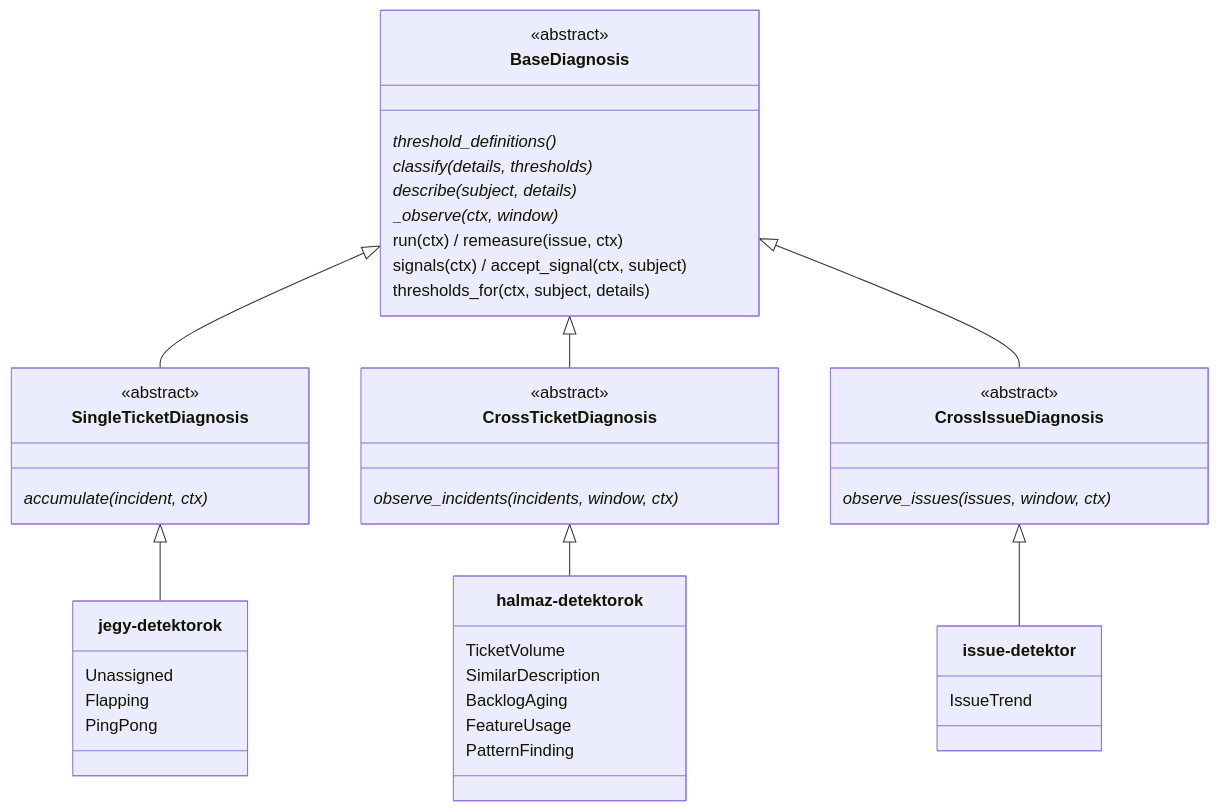
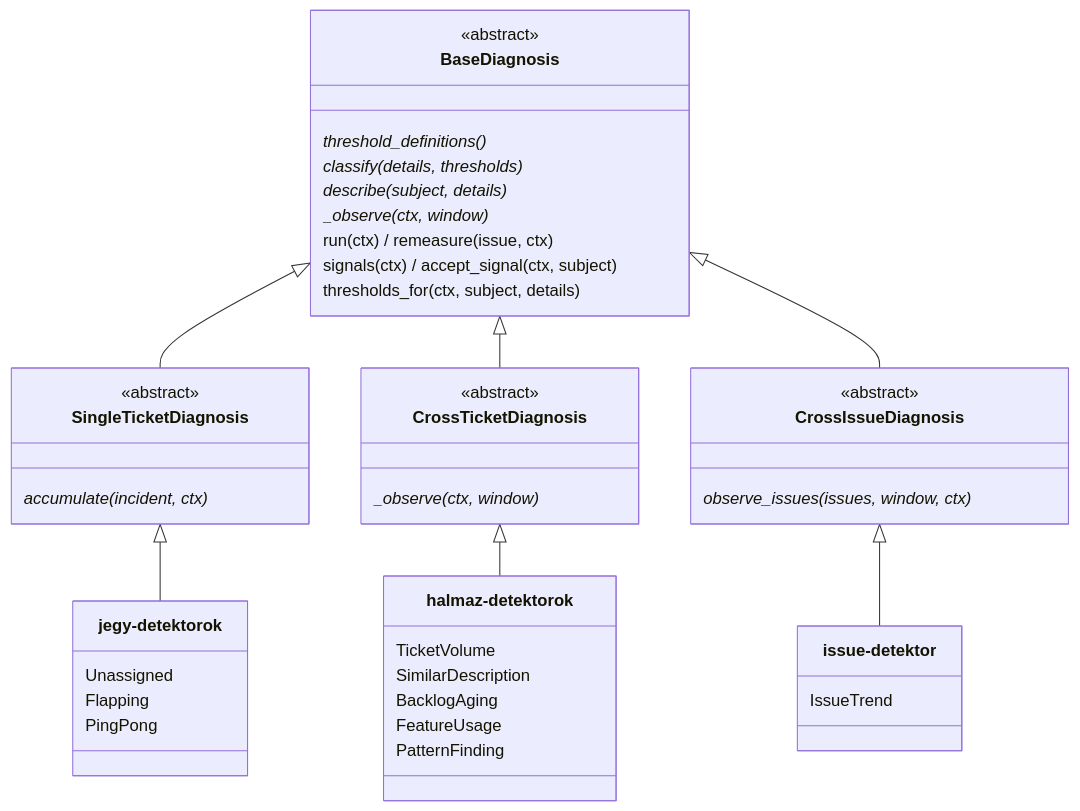
Before and after one commit to dinolany/szakdolgozat_ewuxa6: the eighth of 9 diagrams in docs/ARCHITECTURE.md, drawn with Mermaid. The commit also changed other lines of this file and 19 other files, not shown here.

````diff
--- a/docs/ARCHITECTURE.md
+++ b/docs/ARCHITECTURE.md
@@ -249,47 +512,47 @@
 ```mermaid
 classDiagram
   direction TB
   class BaseDiagnosis {
     <<abstract>>
     threshold_definitions()*
     classify(details, thresholds)*
     describe(subject, details)*
     _observe(ctx, window)*
     run(ctx) / remeasure(issue, ctx)
     signals(ctx) / accept_signal(ctx, subject)
     thresholds_for(ctx, subject, details)
   }
   class SingleTicketDiagnosis {
     <<abstract>>
     accumulate(incident, ctx)*
   }
   class CrossTicketDiagnosis {
     <<abstract>>
-    observe_incidents(incidents, window, ctx)*
+    _observe(ctx, window)*
   }
   class CrossIssueDiagnosis {
     <<abstract>>
     observe_issues(issues, window, ctx)*
   }
   class ST["jegy-detektorok"] {
     Unassigned
     Flapping
     PingPong
   }
   class CT["halmaz-detektorok"] {
     TicketVolume
     SimilarDescription
     BacklogAging
     FeatureUsage
     PatternFinding
   }
   class CI["issue-detektor"] {
     IssueTrend
   }
   BaseDiagnosis <|-- SingleTicketDiagnosis
   BaseDiagnosis <|-- CrossTicketDiagnosis
   BaseDiagnosis <|-- CrossIssueDiagnosis
   SingleTicketDiagnosis <|-- ST
   CrossTicketDiagnosis <|-- CT
   CrossIssueDiagnosis <|-- CI
 ```
````
